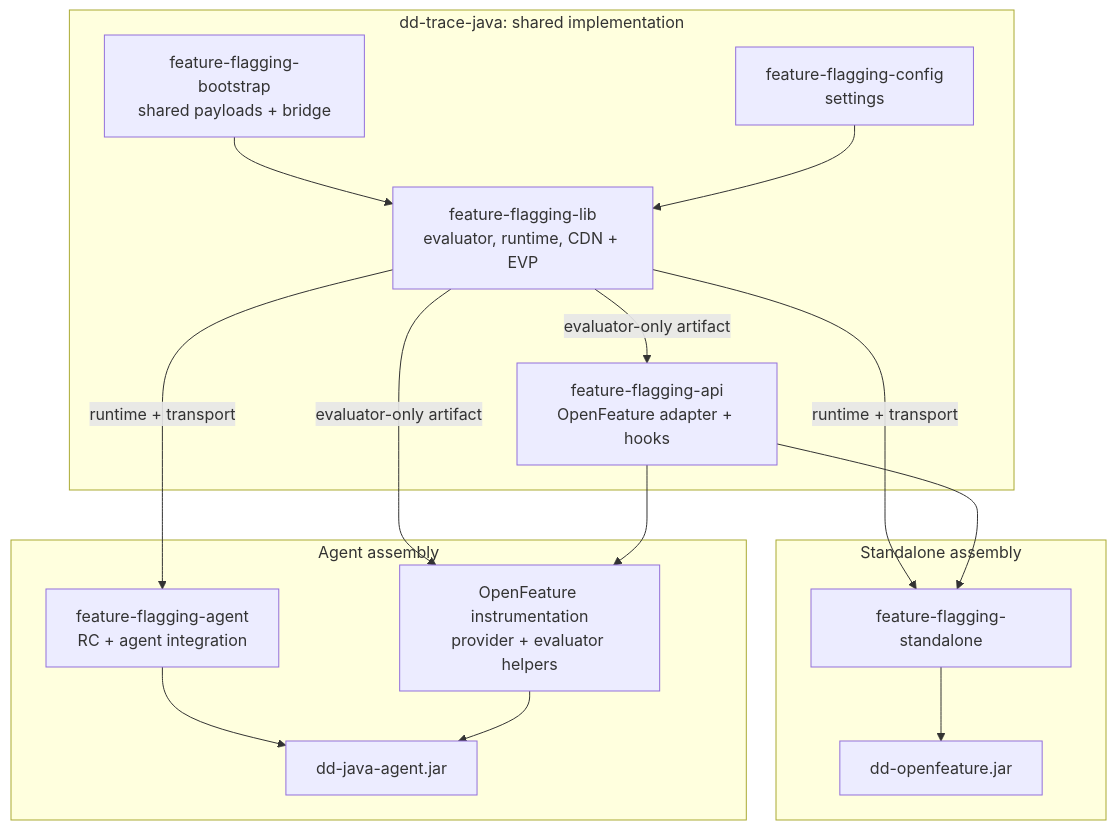
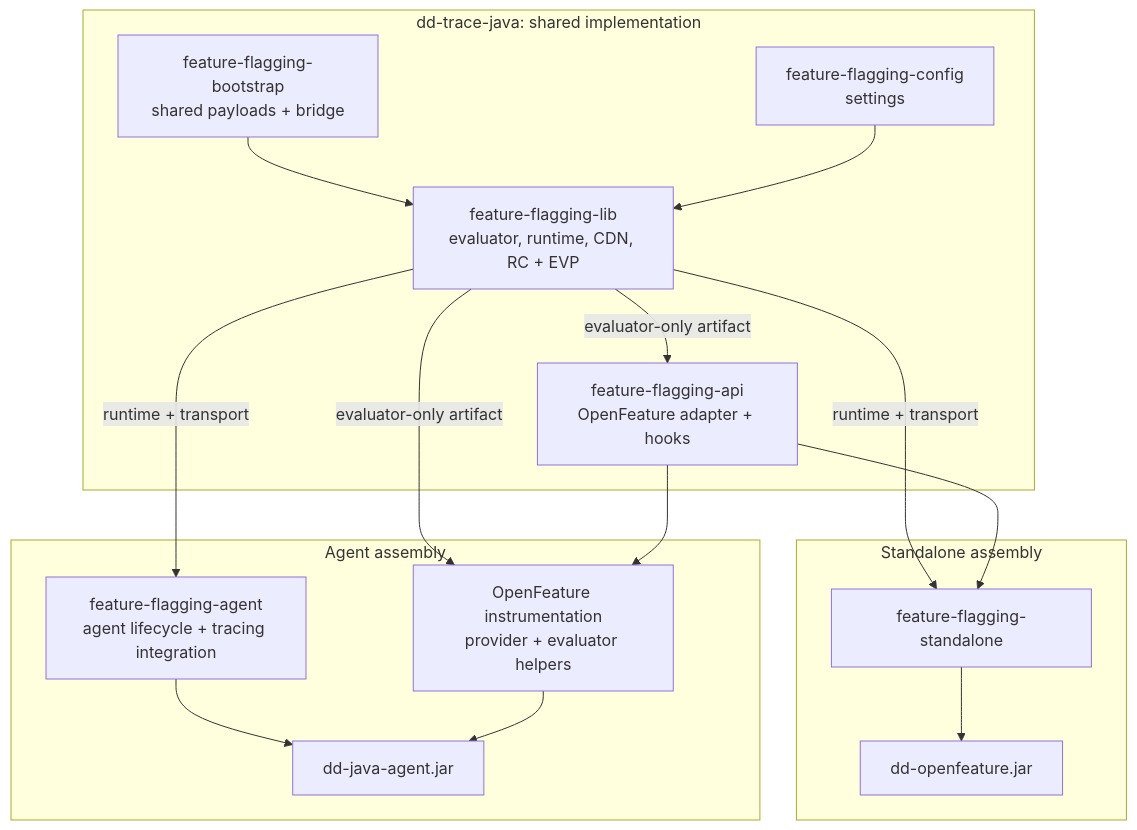
One commit to DataDog/dd-trace-java changed the second of 2 diagrams in docs/feature-flags-migration-rfc.md. Above: the diagram before and after it, drawn with Mermaid. The commit also changed other lines of this file and 14 other files, not shown here.

````diff
--- a/docs/feature-flags-migration-rfc.md
+++ b/docs/feature-flags-migration-rfc.md
@@ -72,24 +78,24 @@
 ```mermaid
 flowchart TB
   subgraph Shared["dd-trace-java: shared implementation"]
     BOOT["feature-flagging-bootstrap<br/>shared payloads + bridge"] --> LIB
     CONFIG["feature-flagging-config<br/>settings"] --> LIB
-    LIB["feature-flagging-lib<br/>evaluator, runtime, CDN + EVP"]
+    LIB["feature-flagging-lib<br/>evaluator, runtime, CDN, RC + EVP"]
     LIB -->|evaluator-only artifact| API["feature-flagging-api<br/>OpenFeature adapter + hooks"]
   end
 
   subgraph StandaloneAssembly["Standalone assembly"]
     STANDALONE["feature-flagging-standalone"] --> JAR["dd-openfeature.jar"]
   end
 
   subgraph AgentAssembly["Agent assembly"]
-    AGENT["feature-flagging-agent<br/>RC + agent integration"] --> DDJAR["dd-java-agent.jar"]
+    AGENT["feature-flagging-agent<br/>agent lifecycle + tracing integration"] --> DDJAR["dd-java-agent.jar"]
     INSTR["OpenFeature instrumentation<br/>provider + evaluator helpers"] --> DDJAR
   end
 
   LIB -->|runtime + transport| STANDALONE
   API --> STANDALONE
   LIB -->|runtime + transport| AGENT
   LIB -->|evaluator-only artifact| INSTR
   API --> INSTR
 ```
````
